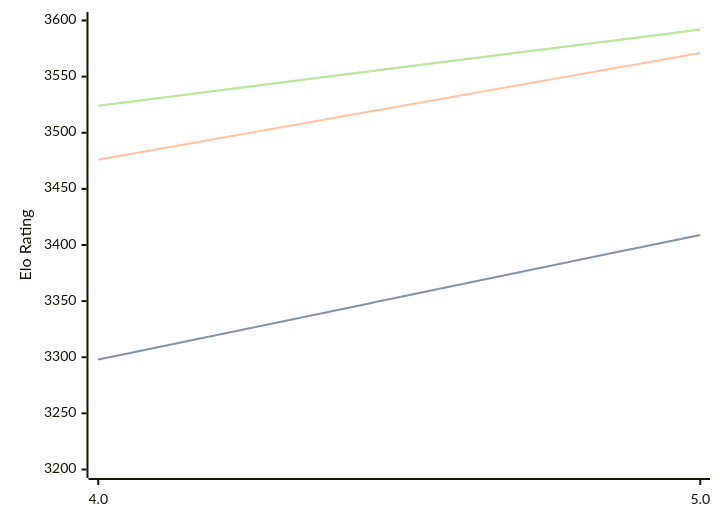
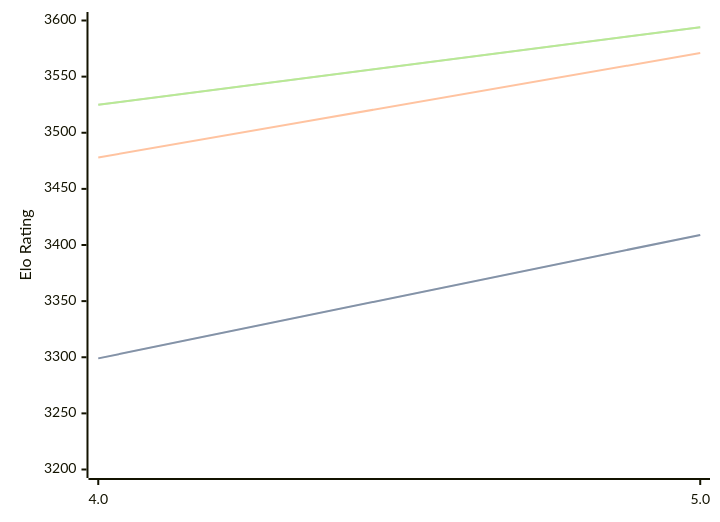
One commit to computer-chess-index/cci changed the diagram in engines/Tarnished.md. Above: the diagram before and after it, drawn with Mermaid. The commit also changed other lines of this file, not shown here.

Commit message:
Update CCI Ratings (ELO VLTC) - 2026-05-04

````diff
--- a/engines/Tarnished.md
+++ b/engines/Tarnished.md
@@ -36,11 +36,11 @@
 ```mermaid
 %%{init: {"theme":"base","themeVariables":{"seriesColors:['#a3a3a3','#222221','#faa371']}}}%%
 xychart-beta
   x-axis ["4.0", "5.0"]
   y-axis "Elo Rating" 3200 --> 3600
-  line "STC (8.0+0.08s)" [3298, 3409]
-  line "STC (8.0+0.08s)" [3298, 3409]
-  line "LTC (60.0+0.60s)" [3476, 3571]
-  line "VLTC (2m24s+1.12s)" [3524, 3592]
-  line "VLTC (2m24s+1.12s)" [3524, 3592]
+  line "STC (8.0+0.08s)" [3299, 3409]
+  line "STC (8.0+0.08s)" [3299, 3409]
+  line "LTC (60.0+0.60s)" [3478, 3571]
+  line "VLTC (2m24s+1.12s)" [3525, 3594]
+  line "VLTC (2m24s+1.12s)" [3525, 3594]
 ```
````
